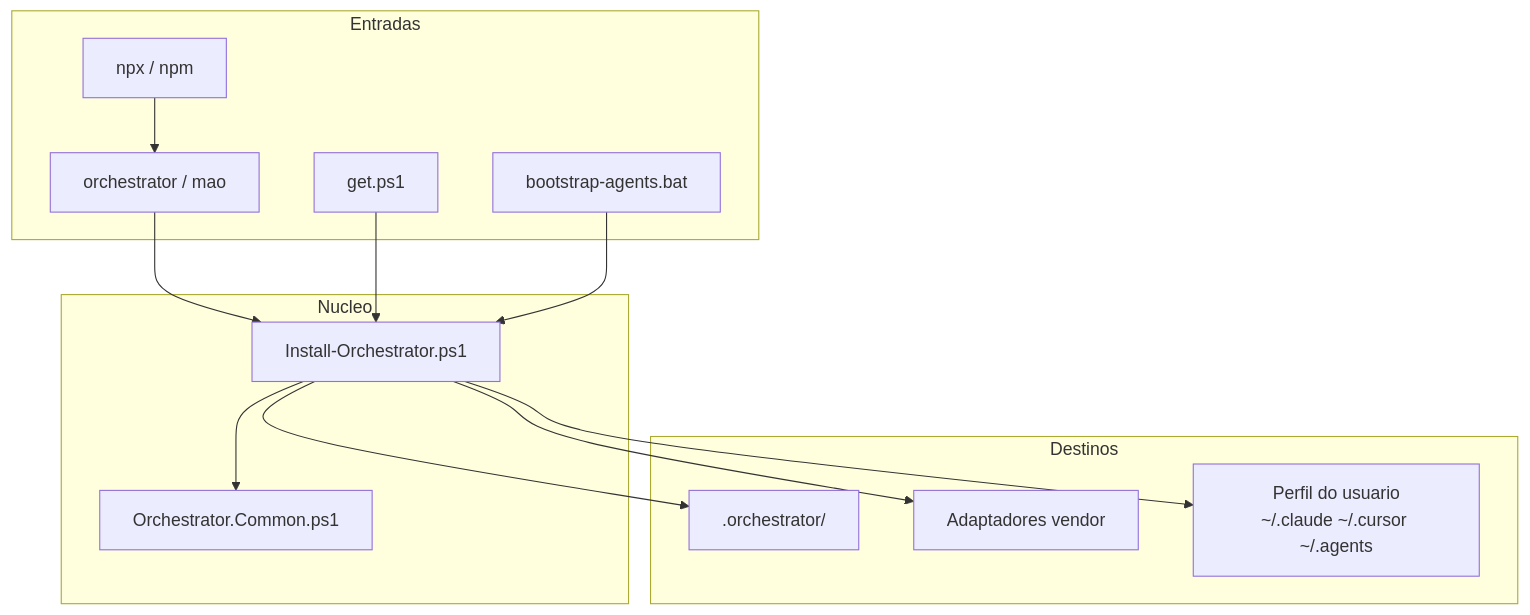
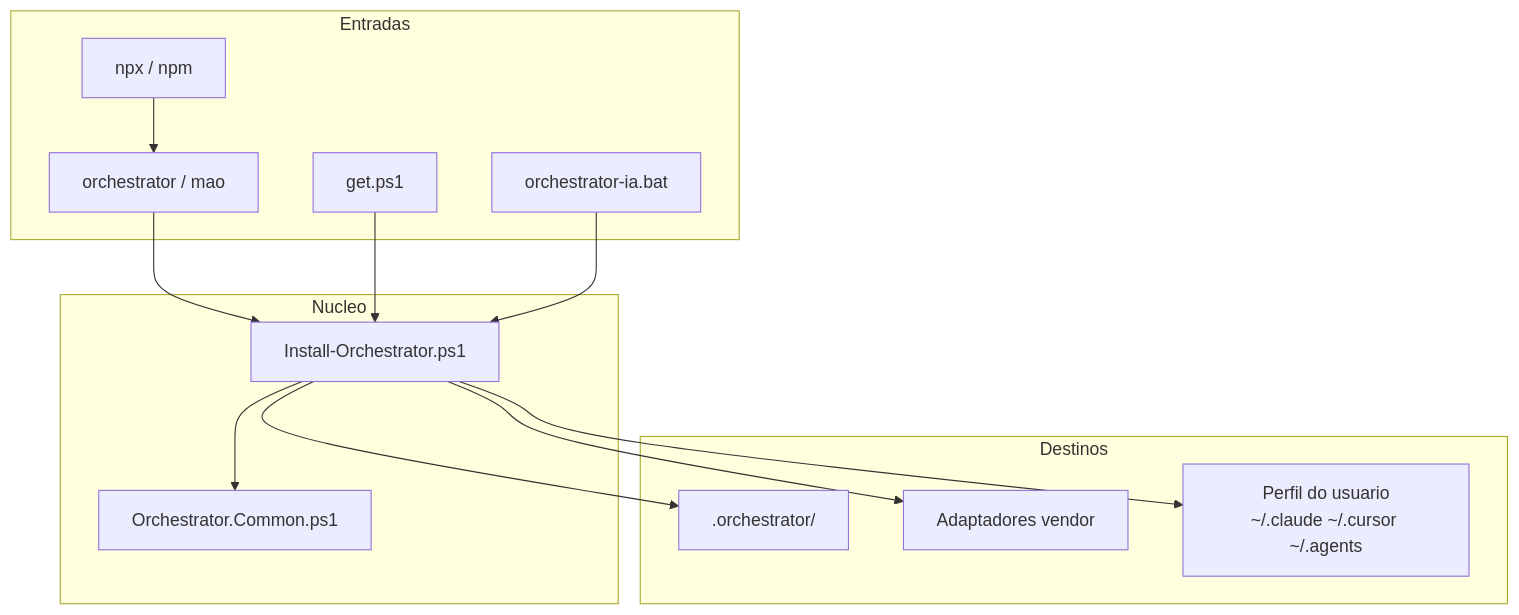
One commit to henrique-starfusion/orchestrator-ia changed the diagram in docs/orquestrador.md. Above: the diagram before and after it, drawn with Mermaid. The commit also changed other lines of this file and 10 other files, not shown here.

First line of the commit message:
refactor: rename bootstrap-agents.bat to orchestrator-ia.bat

````diff
--- a/docs/orquestrador.md
+++ b/docs/orquestrador.md
@@ -67,28 +67,28 @@
 ```mermaid
 flowchart TB
   subgraph entradas [Entradas]
     NPX[npx / npm]
     GET[get.ps1]
-    BAT[bootstrap-agents.bat]
+    BAT[orchestrator-ia.bat]
     CLI[orchestrator / mao]
   end
 
   subgraph core [Nucleo]
     INST[Install-Orchestrator.ps1]
     COMMON[Orchestrator.Common.ps1]
   end
 
   subgraph destinos [Destinos]
     ORCH[".orchestrator/"]
     ADP[Adaptadores vendor]
     GLOB["Perfil do usuario\n~/.claude ~/.cursor ~/.agents"]
   end
 
   NPX --> CLI --> INST
   GET --> INST
   BAT --> INST
   INST --> COMMON
   INST --> ORCH
   INST --> ADP
   INST --> GLOB
 ```
````
